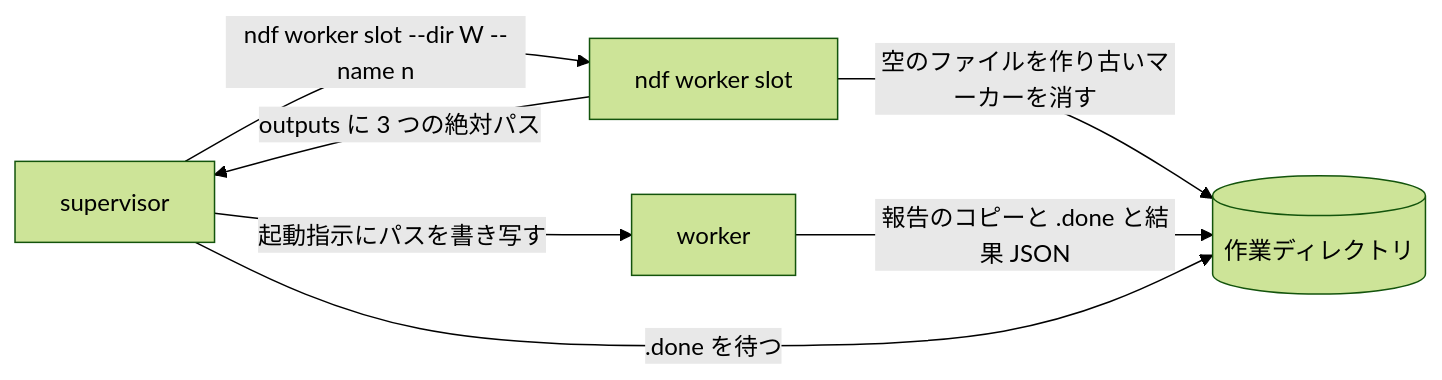
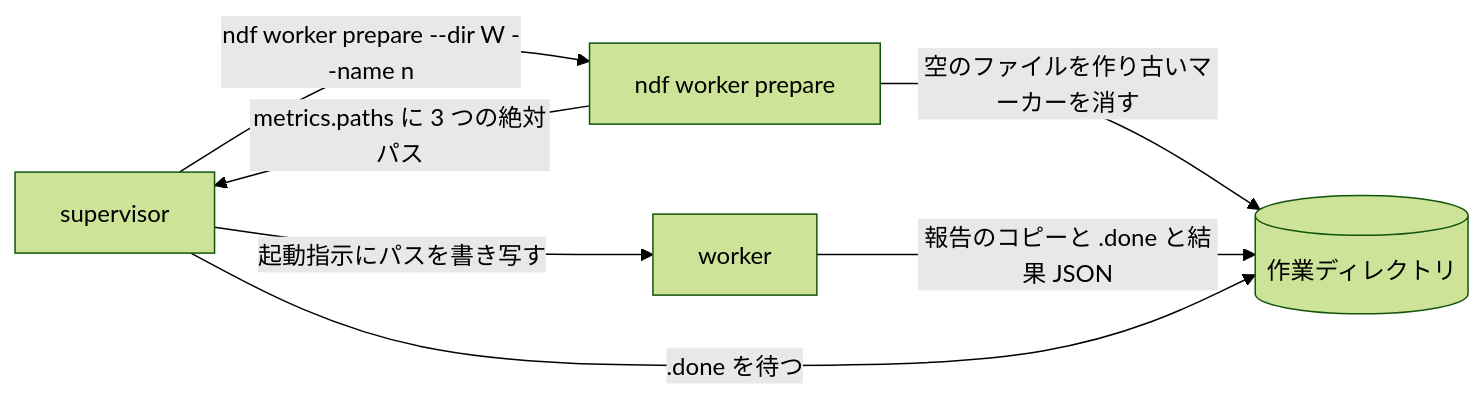
Before and after one commit to devbasex/ai-plugins: the second of 4 diagrams in issues/issue-3877-design.md, drawn with Mermaid (forest theme). The commit also changed other lines of this file and 2 other files, not shown here.

````diff
--- a/issues/issue-3877-design.md
+++ b/issues/issue-3877-design.md
@@ -41,9 +41,9 @@
 ```mermaid
 flowchart LR
-    S[supervisor] -->|"ndf worker slot --dir W --name n"| C[ndf worker slot]
+    S[supervisor] -->|"ndf worker prepare --dir W --name n"| C[ndf worker prepare]
     C -->|空のファイルを作り古いマーカーを消す| F[(作業ディレクトリ)]
-    C -->|outputs に 3 つの絶対パス| S
+    C -->|metrics.paths に 3 つの絶対パス| S
     S -->|起動指示にパスを書き写す| W[worker]
     W -->|報告のコピーと .done と結果 JSON| F
     S -->|.done を待つ| F
 ```
````
